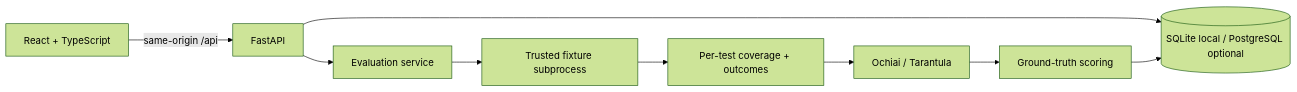
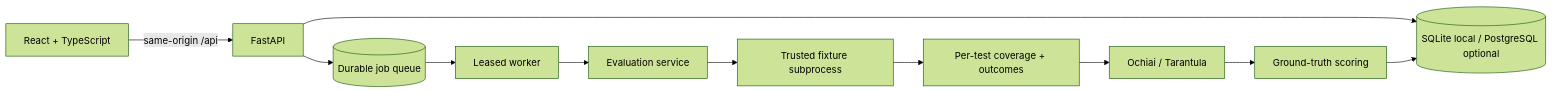
Before and after one commit to srikarvaddela/faultlens: the diagram in docs/architecture.md, drawn with Mermaid (forest theme). The commit also changed other lines of this file and 21 other files, not shown here.

Commit message:
Add durable evaluation jobs with leased workers, recovery, and shared evidence

````diff
--- a/docs/architecture.md
+++ b/docs/architecture.md
@@ -3,11 +3,13 @@
 ```mermaid
 flowchart LR
     UI[React + TypeScript] -->|same-origin /api| API[FastAPI]
     API --> DB[(SQLite local / PostgreSQL optional)]
-    API --> Eval[Evaluation service]
+    API --> Queue[(Durable job queue)]
+    Queue --> Worker[Leased worker]
+    Worker --> Eval[Evaluation service]
     Eval --> Runner[Trusted fixture subprocess]
     Runner --> Evidence[Per-test coverage + outcomes]
     Evidence --> Rank[Ochiai / Tarantula]
     Rank --> Score[Ground-truth scoring]
     Score --> DB
 ```
````
